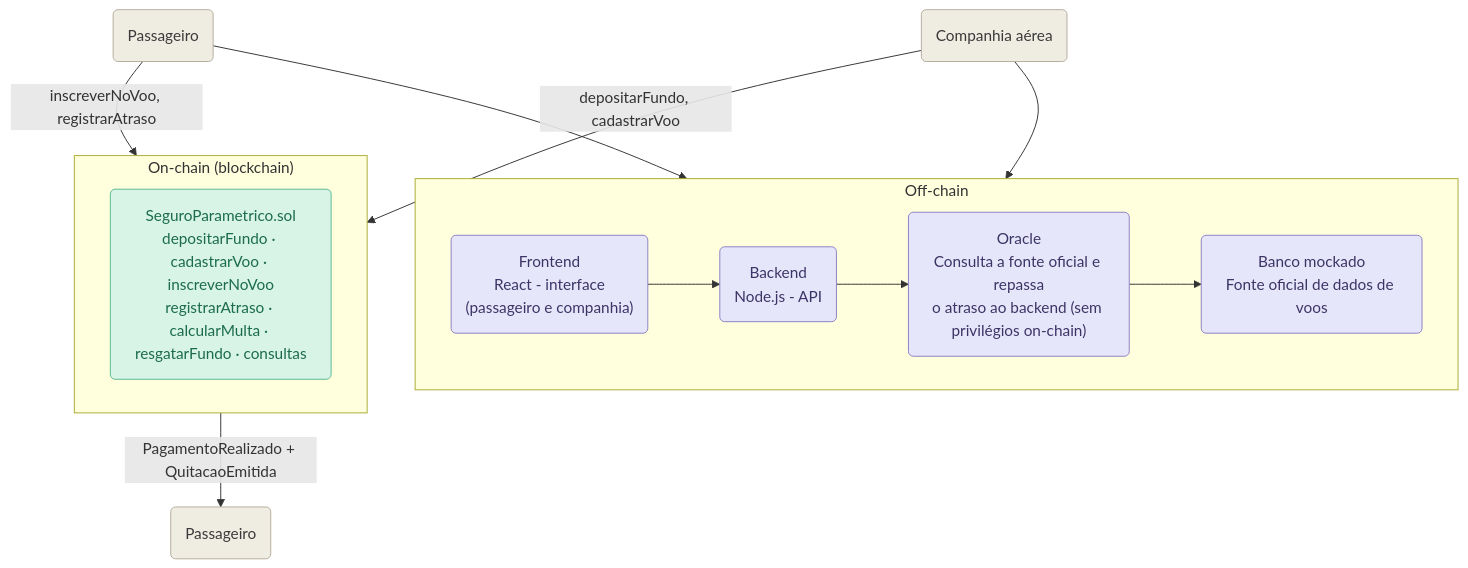
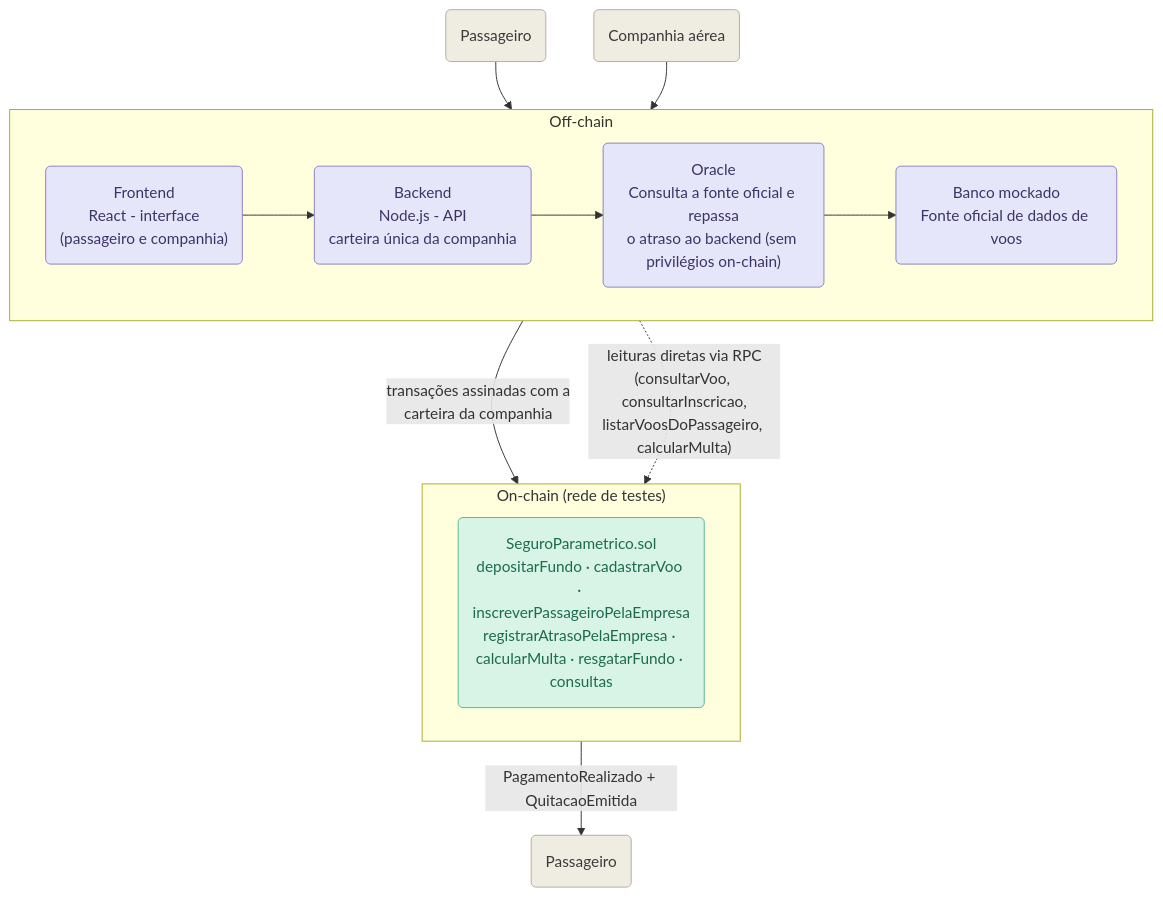
The diagram in docs/diagrama-arquitetura-base.md (Joaogomesbrandao/AcordoInstant), drawn with Mermaid before and after one commit. The commit also changed other lines of this file and 24 other files, not shown here.

````diff
--- a/docs/diagrama-arquitetura-base.md
+++ b/docs/diagrama-arquitetura-base.md
@@ -11,36 +11,36 @@
 ```mermaid
 flowchart TB
     Passageiro1("Passageiro")
     Companhia("Companhia aérea")
     Passageiro2("Passageiro")
 
     subgraph OFF["Off-chain"]
         direction LR
         Frontend("Frontend<br/>React - interface<br/>(passageiro e companhia)")
-        Backend("Backend<br/>Node.js - API")
+        Backend("Backend<br/>Node.js - API<br/>carteira única da companhia")
         Oracle("Oracle<br/>Consulta a fonte oficial e repassa<br/>o atraso ao backend (sem privilégios on-chain)")
         Banco("Banco mockado<br/>Fonte oficial de dados de voos")
         Frontend --> Backend
         Backend --> Oracle
         Oracle --> Banco
     end
 
-    subgraph ON["On-chain (blockchain)"]
+    subgraph ON["On-chain (rede de testes)"]
         direction LR
-        Seguro("SeguroParametrico.sol<br/>depositarFundo · cadastrarVoo · inscreverNoVoo<br/>registrarAtraso · calcularMulta · resgatarFundo · consultas")
+        Seguro("SeguroParametrico.sol<br/>depositarFundo · cadastrarVoo · inscreverPassageiroPelaEmpresa<br/>registrarAtrasoPelaEmpresa · calcularMulta · resgatarFundo · consultas")
     end
 
     Passageiro1 --> Frontend
     Companhia --> Frontend
-    Companhia -->|depositarFundo, cadastrarVoo| Seguro
-    Passageiro1 -->|inscreverNoVoo, registrarAtraso| Seguro
+    Backend -->|"transações assinadas com a<br/>carteira da companhia"| Seguro
+    Frontend -.->|"leituras diretas via RPC<br/>(consultarVoo, consultarInscricao,<br/>listarVoosDoPassageiro, calcularMulta)"| Seguro
     Seguro -->|PagamentoRealizado + QuitacaoEmitida| Passageiro2
 
     classDef offchain fill:#e6e6fa,stroke:#8a7fc4,color:#3d3466;
     classDef onchain fill:#d7f4e6,stroke:#57b892,color:#1c6b4d;
     classDef atores fill:#efece2,stroke:#b5ad9d,color:#3a3a3a;
 
     class Frontend,Backend,Oracle,Banco offchain;
     class Seguro onchain;
     class Passageiro1,Passageiro2,Companhia atores;
 ```
````
